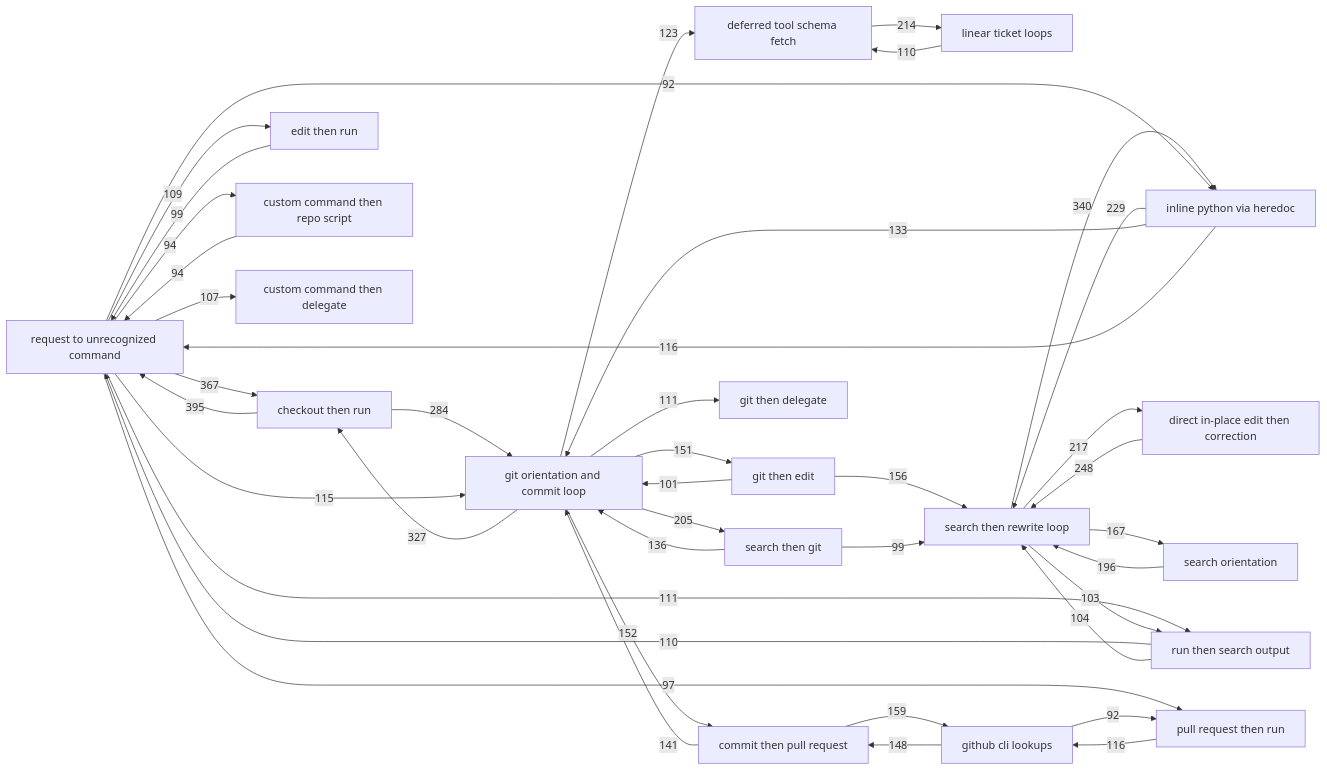
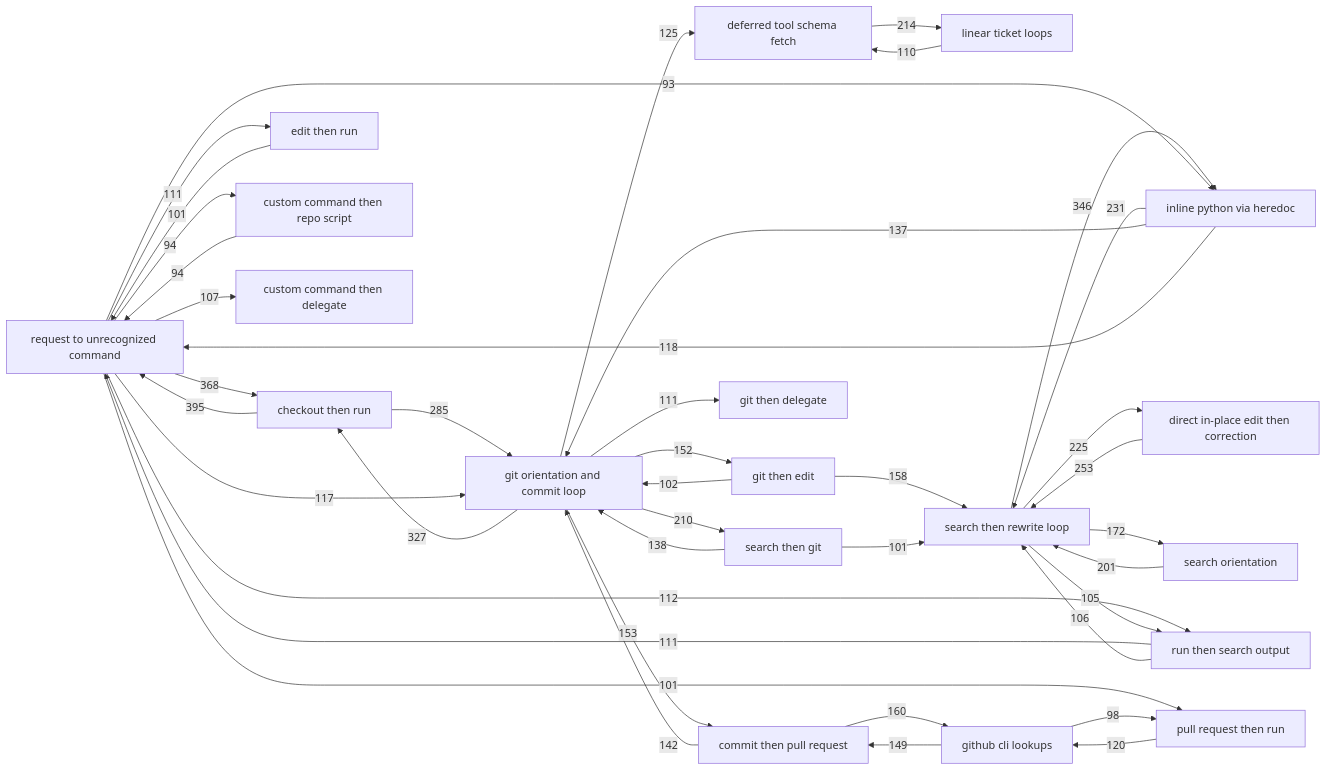
The diagram in candidates.md (aidanff/comb), drawn with Mermaid before and after one commit. The commit also changed other lines of this file and 2 other files, not shown here.

````diff
--- a/candidates.md
+++ b/candidates.md
@@ -468,62 +473,62 @@
 ```mermaid
 graph LR
   N001["deferred tool schema fetch"]
   N002["request to unrecognized command"]
   N003["git orientation and commit loop"]
   N004["linear ticket loops"]
   N006["inline python via heredoc"]
   N007["search then rewrite loop"]
   N009["checkout then run"]
   N010["direct in-place edit then correction"]
   N012["search orientation"]
   N014["edit then run"]
   N015["github cli lookups"]
   N016["run then search output"]
   N017["git then edit"]
   N019["commit then pull request"]
   N020["custom command then repo script"]
   N023["pull request then run"]
   N028["search then git"]
   N029["custom command then delegate"]
   N037["git then delegate"]
   N009 -->|395| N002
-  N002 -->|367| N009
-  N007 -->|340| N006
+  N002 -->|368| N009
+  N007 -->|346| N006
   N003 -->|327| N009
-  N009 -->|284| N003
-  N010 -->|248| N007
-  N006 -->|229| N007
-  N007 -->|217| N010
+  N009 -->|285| N003
+  N010 -->|253| N007
+  N006 -->|231| N007
+  N007 -->|225| N010
   N001 -->|214| N004
-  N003 -->|205| N028
-  N012 -->|196| N007
-  N007 -->|167| N012
-  N019 -->|159| N015
-  N017 -->|156| N007
-  N003 -->|152| N019
-  N003 -->|151| N017
-  N015 -->|148| N019
-  N019 -->|141| N003
-  N028 -->|136| N003
-  N006 -->|133| N003
-  N003 -->|123| N001
-  N006 -->|116| N002
-  N023 -->|116| N015
-  N002 -->|115| N003
-  N002 -->|111| N016
+  N003 -->|210| N028
+  N012 -->|201| N007
+  N007 -->|172| N012
+  N019 -->|160| N015
+  N017 -->|158| N007
+  N003 -->|153| N019
+  N003 -->|152| N017
+  N015 -->|149| N019
+  N019 -->|142| N003
+  N028 -->|138| N003
+  N006 -->|137| N003
+  N003 -->|125| N001
+  N023 -->|120| N015
+  N006 -->|118| N002
+  N002 -->|117| N003
+  N002 -->|112| N016
+  N002 -->|111| N014
   N003 -->|111| N037
+  N016 -->|111| N002
   N004 -->|110| N001
-  N016 -->|110| N002
-  N002 -->|109| N014
   N002 -->|107| N029
-  N016 -->|104| N007
-  N007 -->|103| N016
-  N017 -->|101| N003
-  N014 -->|99| N002
-  N028 -->|99| N007
-  N002 -->|97| N023
+  N016 -->|106| N007
+  N007 -->|105| N016
+  N017 -->|102| N003
+  N002 -->|101| N023
+  N014 -->|101| N002
+  N028 -->|101| N007
+  N015 -->|98| N023
   N002 -->|94| N020
   N020 -->|94| N002
-  N002 -->|92| N006
-  N015 -->|92| N023
+  N002 -->|93| N006
 ```
````
